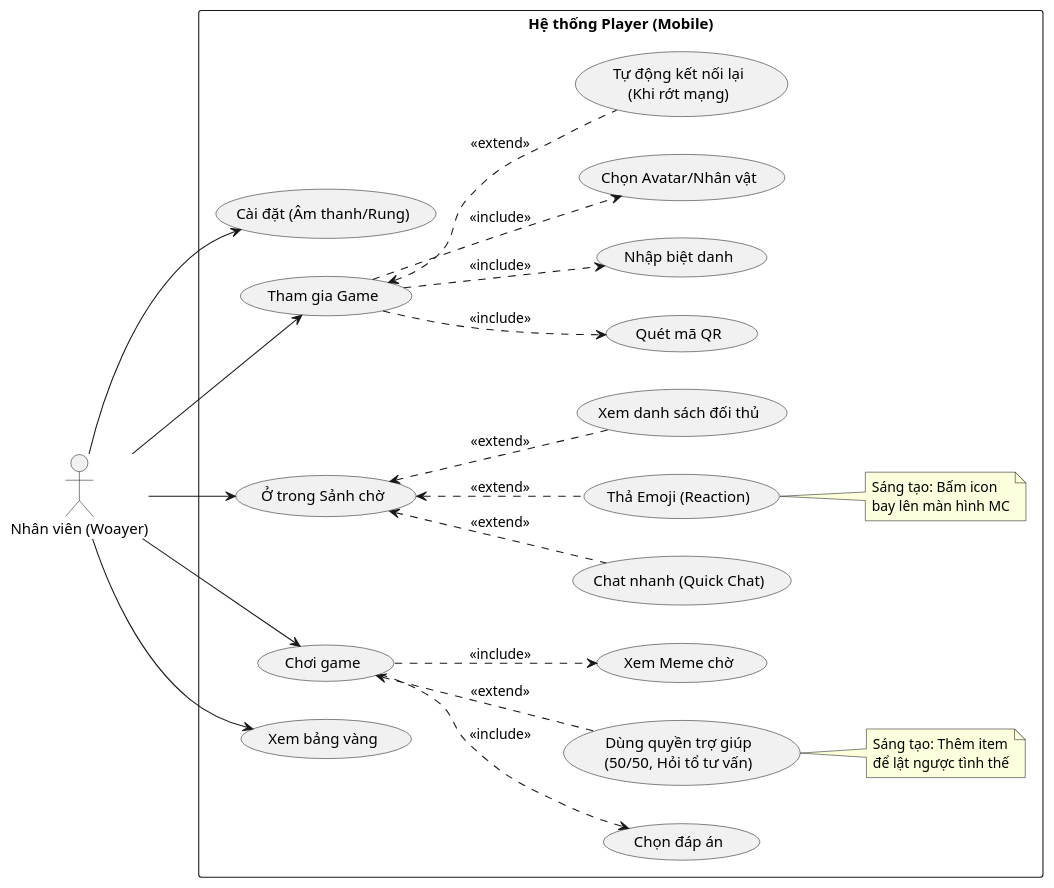
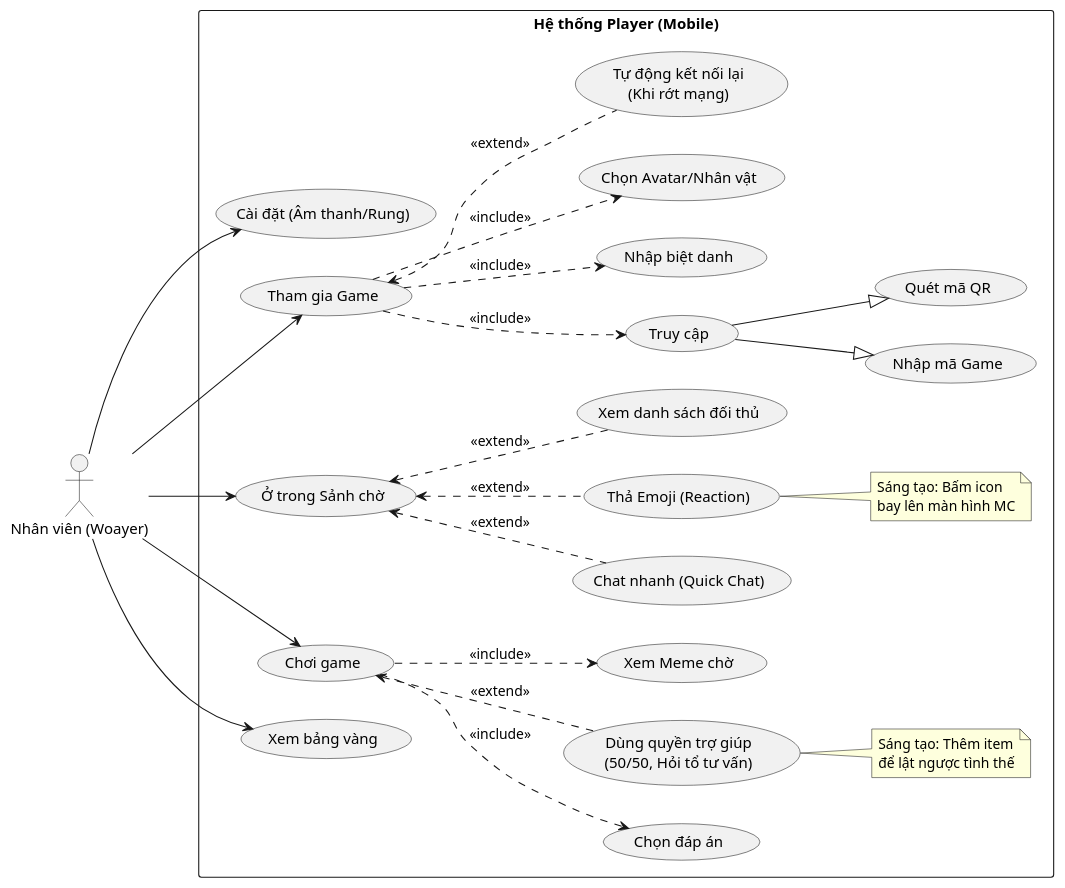
Before and after one commit to vovumewmew/Woay-Trivia-Blast: the diagram in Diagram/Use_case_Player.puml, drawn with PlantUML. The commit also changed 8 other files, not shown here.

```diff
--- a/Diagram/Use_case_Player.puml
+++ b/Diagram/Use_case_Player.puml
@@ -1,74 +1,78 @@
 @startuml Use_case_Player_Pro
 left to right direction
 skinparam packageStyle rectangle
 actor "Nhân viên (Woayer)" as Player
 
 package "Hệ thống Player (Mobile)" {
     
     ' --- NHÓM 1: THIẾT LẬP ---
     usecase "Cài đặt (Âm thanh/Rung)" as Settings
 
     ' --- NHÓM 2: THAM GIA ---
     usecase "Tham gia Game" as Join
+    usecase "Truy cập" as Access
+    usecase "Nhập mã Game" as EnterCode
     usecase "Quét mã QR" as ScanQR
     usecase "Nhập biệt danh" as EnterName
     usecase "Chọn Avatar/Nhân vật" as SelectCharacter
     usecase "Tự động kết nối lại\n(Khi rớt mạng)" as Reconnect
 
     ' --- NHÓM 3: SẢNH CHỜ (LOBBY) ---
     usecase "Ở trong Sảnh chờ" as InLobby
     usecase "Chat nhanh (Quick Chat)" as Chat
     usecase "Thả Emoji (Reaction)" as Emoji
     usecase "Xem danh sách đối thủ" as ViewPlayer
 
     ' --- NHÓM 4: TRONG TRẬN (IN-GAME) ---
     usecase "Chơi game" as Play
     usecase "Chọn đáp án" as Submit
     usecase "Dùng quyền trợ giúp\n(50/50, Hỏi tổ tư vấn)" as Help
     usecase "Xem Meme chờ" as ViewWait
     
     ' --- NHÓM 5: KẾT QUẢ ---
     usecase "Xem bảng vàng" as ViewResult
 
     ' === MỐI QUAN HỆ ===
     
     ' Thiết lập dùng lúc nào cũng được
     Player --> Settings
 
     ' Tham gia
     Player --> Join
-    Join ..> ScanQR : <<include>>
+    Join ..> Access : <<include>>
+    Access --|> EnterCode
+    Access --|> ScanQR
     Join ..> EnterName : <<include>>
     Join ..> SelectCharacter: <<include>>
     
     ' Tính năng ẩn nhưng quan trọng
     Join <.. Reconnect : <<extend>>
 
     ' Sảnh chờ
     Player --> InLobby
     InLobby <.. Chat: <<extend>>
     InLobby <.. Emoji: <<extend>>
     InLobby <.. ViewPlayer: <<extend>>
 
     ' Chơi game
     Player --> Play
     Play ..> Submit : <<include>>
     Play ..> ViewWait : <<include>>
     
     ' Thêm quyền trợ giúp cho kịch tính (Sáng tạo thêm)
     Play <.. Help : <<extend>>
 
     ' Kết quả
     Player --> ViewResult
     
     note right of Emoji
       Sáng tạo: Bấm icon
       bay lên màn hình MC
     end note
     
     note right of Help
       Sáng tạo: Thêm item
       để lật ngược tình thế
     end note
 }
 @enduml 
```
